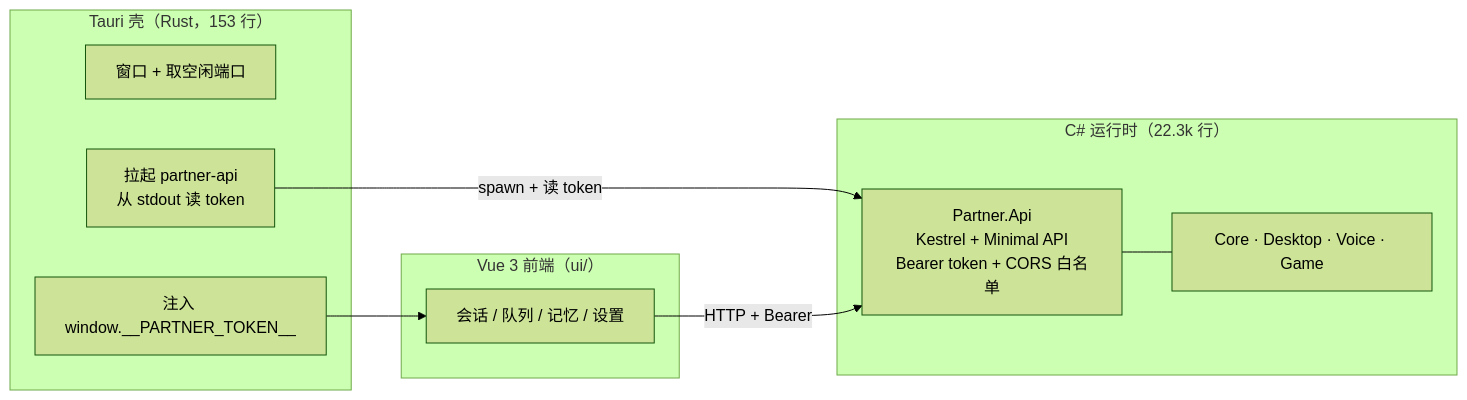
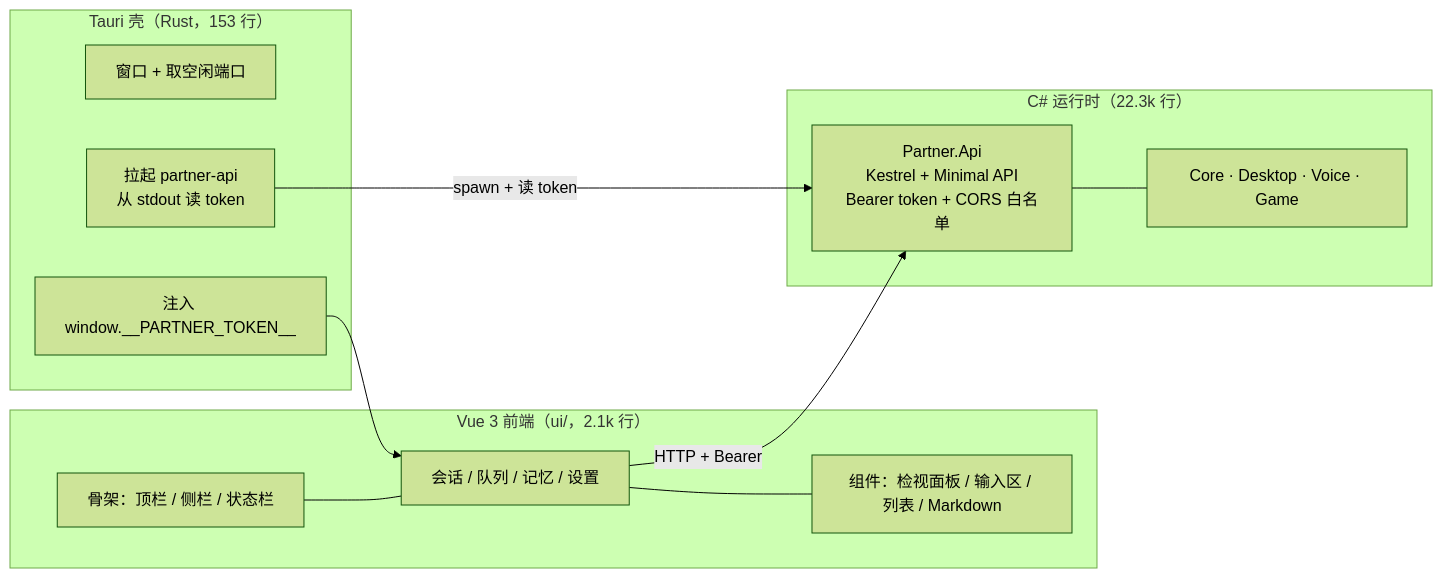
Before and after one commit to Jaspersol/partner: the diagram in README.md, drawn with Mermaid (forest theme). The commit also changed other lines of this file and 29 other files, not shown here.

````diff
--- a/README.md
+++ b/README.md
@@ -44,19 +44,22 @@
 ```mermaid
 graph LR
   subgraph shell["Tauri 壳（Rust，153 行）"]
     WIN["窗口 + 取空闲端口"]
     SIDE["拉起 partner-api<br/>从 stdout 读 token"]
     INJ["注入 window.__PARTNER_TOKEN__"]
   end
-  subgraph web["Vue 3 前端（ui/）"]
+  subgraph web["Vue 3 前端（ui/，2.1k 行）"]
+    SHELL["骨架：顶栏 / 侧栏 / 状态栏"]
     VIEWS["会话 / 队列 / 记忆 / 设置"]
+    PARTS["组件：检视面板 / 输入区 / 列表 / Markdown"]
+    SHELL --- VIEWS --- PARTS
   end
   subgraph runtime["C# 运行时（22.3k 行）"]
     API["Partner.Api<br/>Kestrel + Minimal API<br/>Bearer token + CORS 白名单"]
     CORE["Core · Desktop · Voice · Game"]
     API --- CORE
   end
   SIDE -->|spawn + 读 token| API
   INJ --> VIEWS
   VIEWS -->|HTTP + Bearer| API
 ```
````
